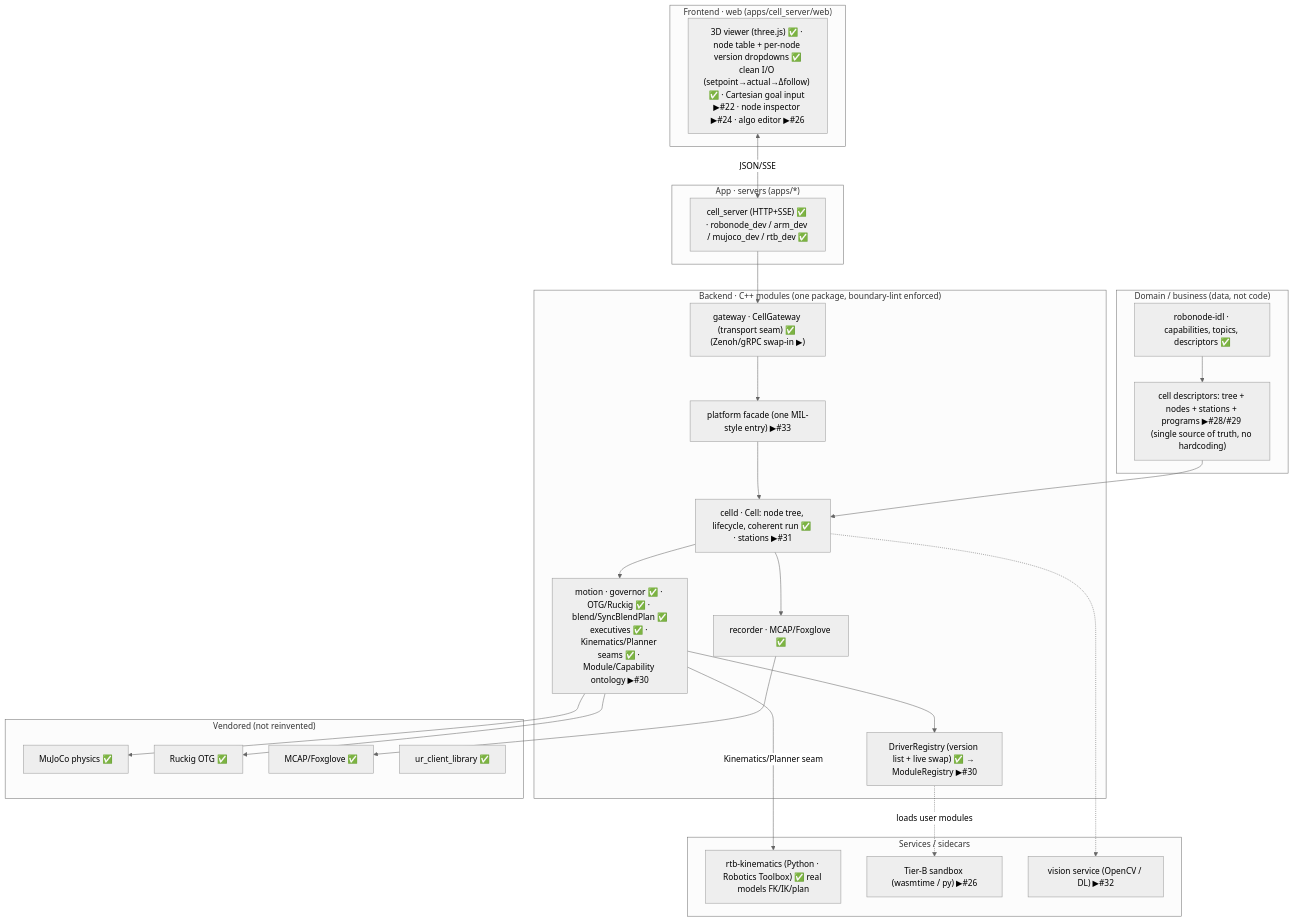
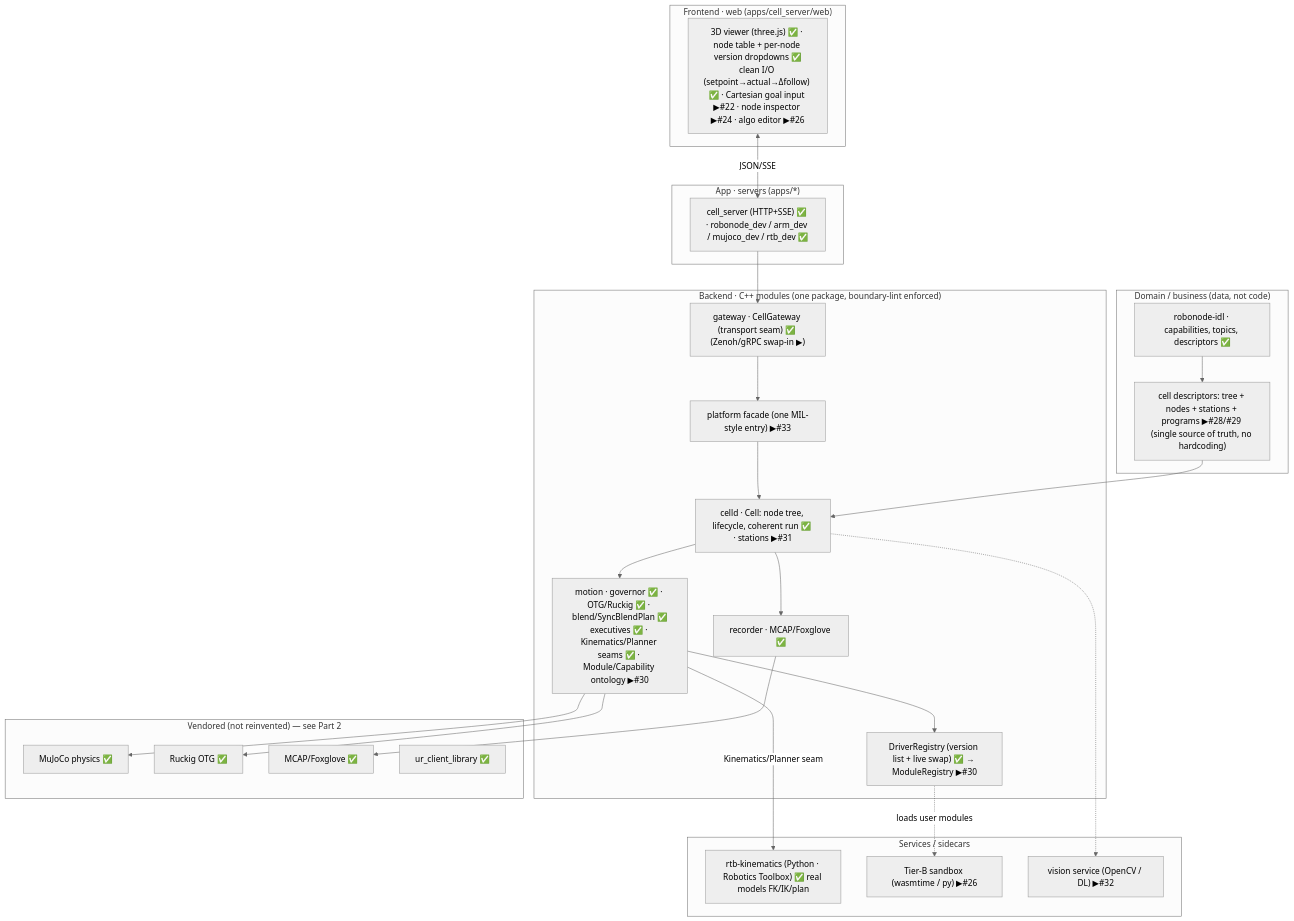
Before and after one commit to brmel/robonode: the first of 3 diagrams in docs/ARCHITECTURE.md, drawn with Mermaid (neutral theme). The commit also changed other lines of this file and 18 other files, not shown here.

First line of the commit message:
docs: consolidate architecture + stack into one ARCHITECTURE.md

````diff
--- a/docs/ARCHITECTURE.md
+++ b/docs/ARCHITECTURE.md
@@ -7,39 +13,39 @@
 ```mermaid
 flowchart TB
   subgraph FE["Frontend · web (apps/cell_server/web)"]
     UI["3D viewer (three.js) ✅ · node table + per-node version dropdowns ✅<br/>clean I/O (setpoint→actual→Δfollow) ✅ · Cartesian goal input ▶#22 · node inspector ▶#24 · algo editor ▶#26"]
   end
   subgraph APP["App · servers (apps/*)"]
     SRV["cell_server (HTTP+SSE) ✅ · robonode_dev / arm_dev / mujoco_dev / rtb_dev ✅"]
   end
   subgraph BE["Backend · C++ modules (one package, boundary-lint enforced)"]
     GW["gateway · CellGateway (transport seam) ✅ (Zenoh/gRPC swap-in ▶)"]
     FACADE["platform facade (one MIL-style entry) ▶#33"]
     CELLD["celld · Cell: node tree, lifecycle, coherent run ✅ · stations ▶#31"]
     MOTION["motion · governor ✅ · OTG/Ruckig ✅ · blend/SyncBlendPlan ✅<br/>executives ✅ · Kinematics/Planner seams ✅ · Module/Capability ontology ▶#30"]
     REG["DriverRegistry (version list + live swap) ✅ → ModuleRegistry ▶#30"]
     REC["recorder · MCAP/Foxglove ✅"]
   end
   subgraph SVC["Services / sidecars"]
     RTB["rtb-kinematics (Python · Robotics Toolbox) ✅ real models FK/IK/plan"]
     SAND["Tier-B sandbox (wasmtime / py) ▶#26"]
     VIS["vision service (OpenCV / DL) ▶#32"]
   end
-  subgraph DEP["Vendored (not reinvented)"]
+  subgraph DEP["Vendored (not reinvented) — see Part 2"]
     MJ["MuJoCo physics ✅"] ; RUCK["Ruckig OTG ✅"] ; MCAP["MCAP/Foxglove ✅"] ; URCL["ur_client_library ✅"]
   end
   subgraph DOMAIN["Domain / business (data, not code)"]
     IDL["robonode-idl · capabilities, topics, descriptors ✅"]
     DESC["cell descriptors: tree + nodes + stations + programs ▶#28/#29 (single source of truth, no hardcoding)"]
   end
 
   UI <-->|JSON/SSE| SRV
   SRV --> GW --> FACADE --> CELLD
   CELLD --> MOTION --> REG
   CELLD --> REC
   MOTION -->|Kinematics/Planner seam| RTB
   REG -.->|loads user modules| SAND
   CELLD -.-> VIS
   MOTION --> MJ ; MOTION --> RUCK ; REC --> MCAP
   DESC --> CELLD ; IDL --> DESC
 ```
````
